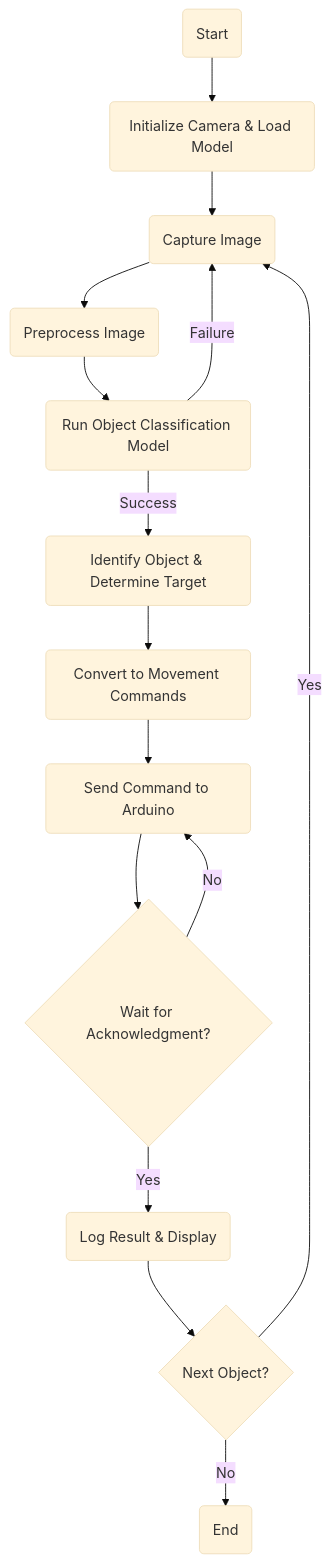
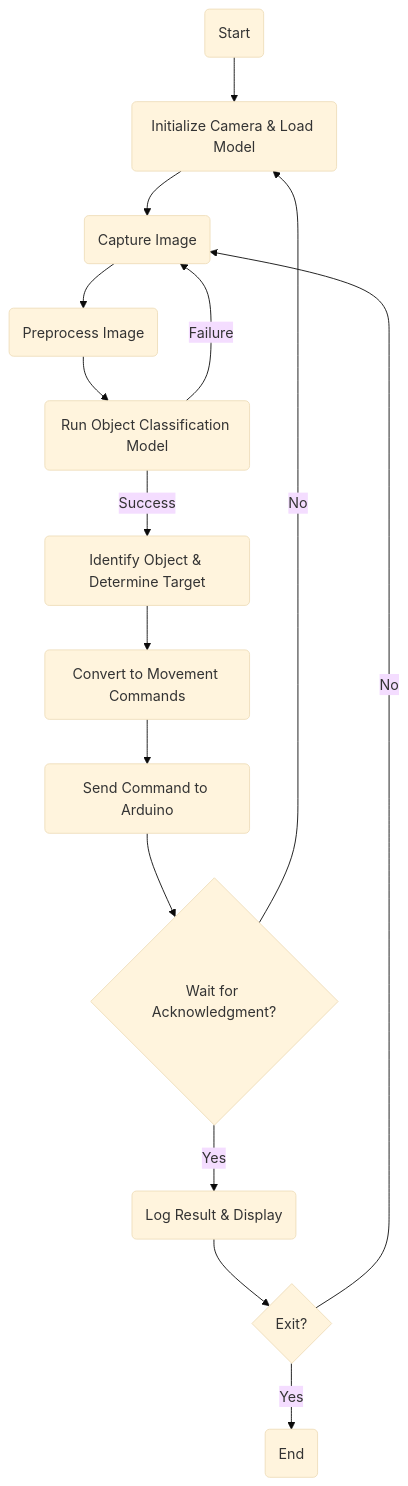
The first of 2 diagrams in README.md (Ngoc411/Robotic-arm-classifies-objects-using-computer-vision-with-raspi4-and-arduino), drawn with Mermaid (base theme) before and after one commit.

````diff
--- a/README.md
+++ b/README.md
@@ -25,17 +25,17 @@
 ```mermaid
 graph TD;
   A(Start) --> B(Initialize Camera & Load Model)
   B --> C(Capture Image)
   C --> D(Preprocess Image)
   D --> E(Run Object Classification Model)
   E -->|Success| F(Identify Object & Determine Target)
   E -->|Failure| C
   F --> G(Convert to Movement Commands)
   G --> H(Send Command to Arduino)
   H --> I{Wait for Acknowledgment?}
-  I -->|No| H
+  I -->|No| B
   I -->|Yes| J(Log Result & Display)
-  J --> K{Next Object?}
-  K -->|Yes| C
-  K -->|No| L(End)
+  J --> K{Exit?}
+  K -->|No| C
+  K -->|Yes| L(End)
 ```
````
